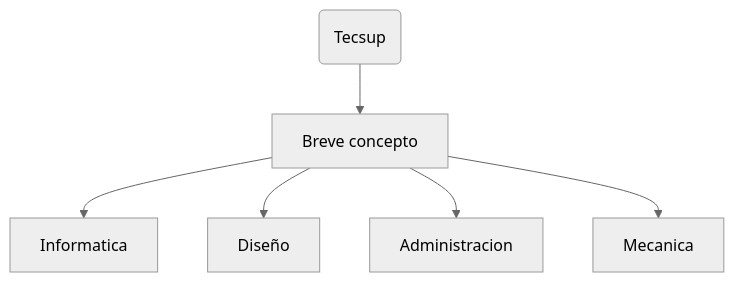
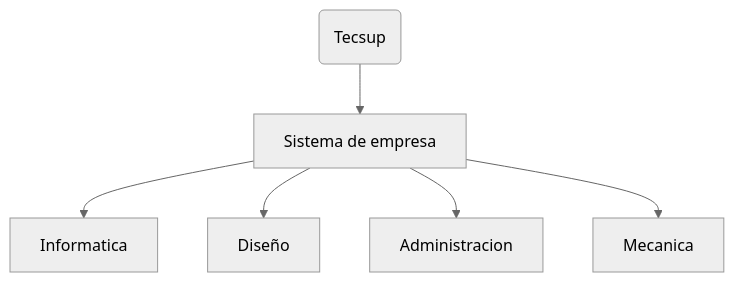
Before and after one commit to tonytodo1/S05: the second of 2 diagrams in readme.md, drawn with Mermaid (neutral theme).

````diff
--- a/readme.md
+++ b/readme.md
@@ -58,8 +58,8 @@
 ```Mermaid
 flowchart TD
-A(Tecsup) --> B[Breve concepto]
+A(Tecsup) --> B[Sistema de empresa]
 B --> C[Informatica]
 B --> D[Diseño]
 B --> E[Administracion]
 B --> F[Mecanica]
 ```
````
